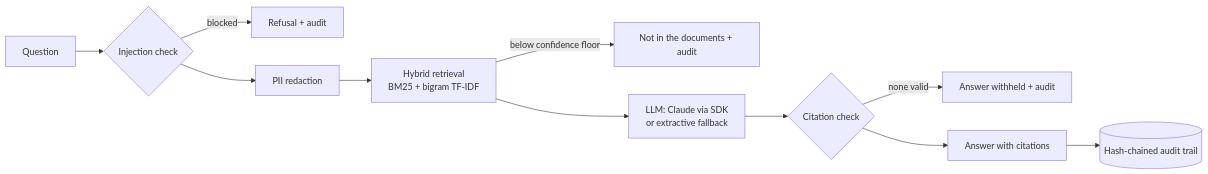
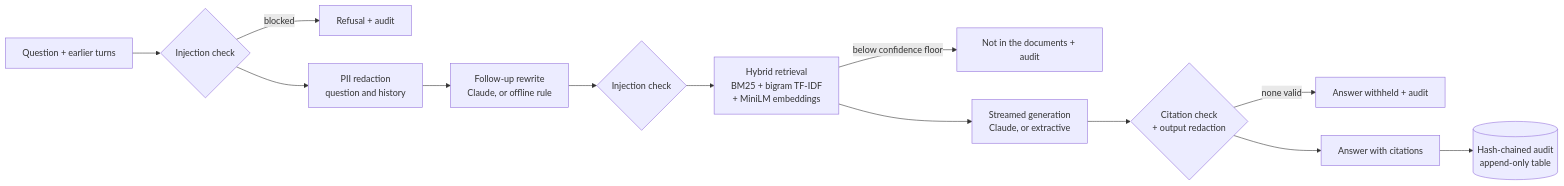
The diagram in README.md (nasable1/bfsi-rag-assistant), drawn with Mermaid before and after one commit. The commit also changed other lines of this file and 74 other files, not shown here.

````diff
--- a/README.md
+++ b/README.md
@@ -35,13 +73,15 @@
 ```mermaid
 flowchart LR
-    Q[Question] --> G1{Injection check}
+    Q[Question + earlier turns] --> G1{Injection check}
     G1 -- blocked --> R1[Refusal + audit]
-    G1 --> P[PII redaction]
-    P --> S[Hybrid retrieval<br/>BM25 + bigram TF-IDF]
+    G1 --> P[PII redaction<br/>question and history]
+    P --> F[Follow-up rewrite<br/>Claude, or offline rule]
+    F --> G2{Injection check}
+    G2 --> S[Hybrid retrieval<br/>BM25 + bigram TF-IDF<br/>+ MiniLM embeddings]
     S -- below confidence floor --> R2["Not in the documents" + audit]
-    S --> L[LLM: Claude via SDK<br/>or extractive fallback]
-    L --> C{Citation check}
+    S --> L[Streamed generation<br/>Claude, or extractive]
+    L --> C{Citation check<br/>+ output redaction}
     C -- none valid --> R3[Answer withheld + audit]
     C --> A[Answer with citations]
-    A --> AU[(Hash-chained audit trail)]
+    A --> AU[(Hash-chained audit<br/>append-only table)]
 ```
````
